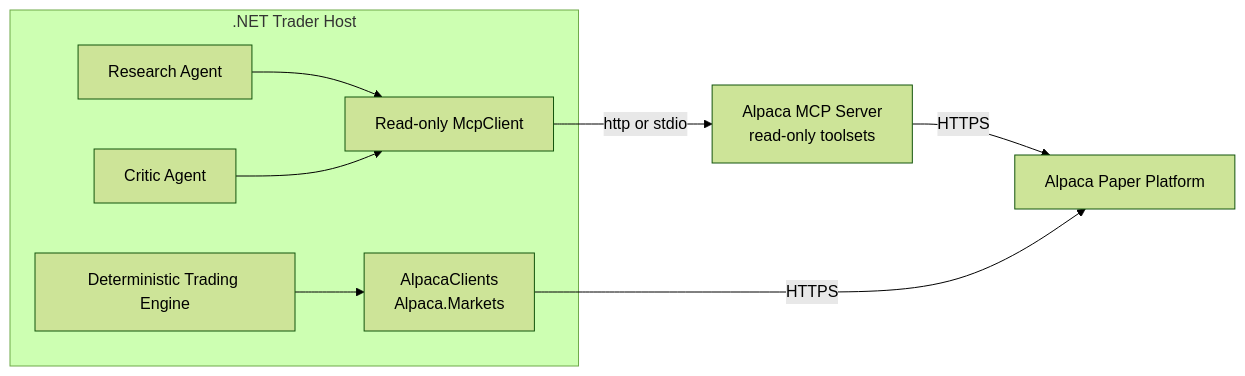
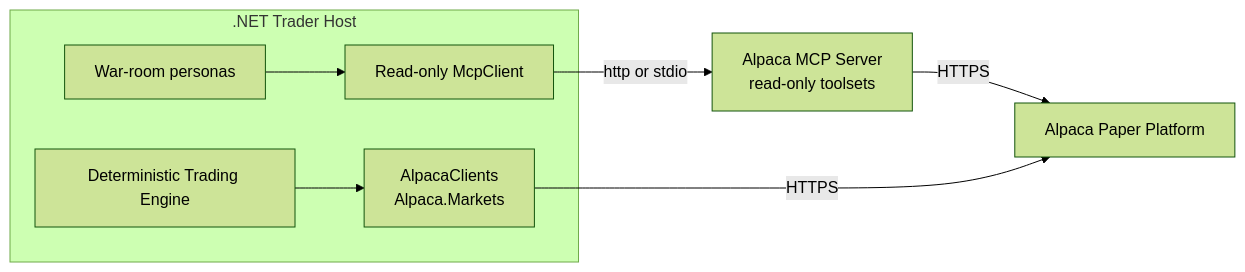
One commit to xakpc/Alpaca.NoIdea changed the first of 3 diagrams in .lode/alpaca/mcp-integration.md. Above: the diagram before and after it, drawn with Mermaid (forest theme). The commit also changed other lines of this file and 92 other files, not shown here.

````diff
--- a/.lode/alpaca/mcp-integration.md
+++ b/.lode/alpaca/mcp-integration.md
@@ -5,20 +5,18 @@
 ```mermaid
 flowchart LR
     subgraph Host[".NET Trader Host"]
-        RA[Research Agent]
-        CA[Critic Agent]
+        P[War-room personas]
         ENG[Deterministic Trading Engine]
         MCP[Read-only McpClient]
         SDK[AlpacaClients<br/>Alpaca.Markets]
-        RA --> MCP
-        CA --> MCP
+        P --> MCP
         ENG --> SDK
     end
 
     ROServer[Alpaca MCP Server<br/>read-only toolsets]
     Alpaca[Alpaca Paper Platform]
 
     MCP -->|http or stdio| ROServer
     ROServer -->|HTTPS| Alpaca
     SDK -->|HTTPS| Alpaca
 ```
````
